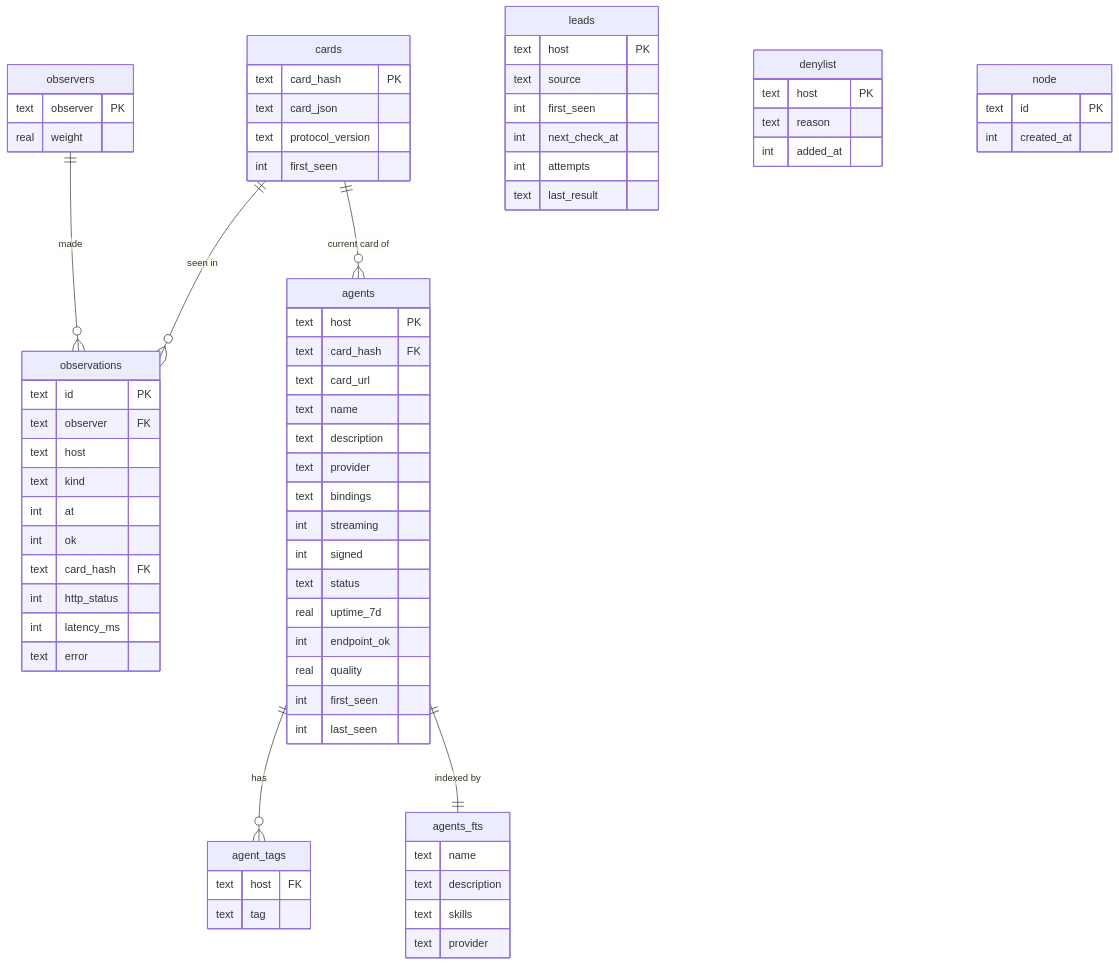
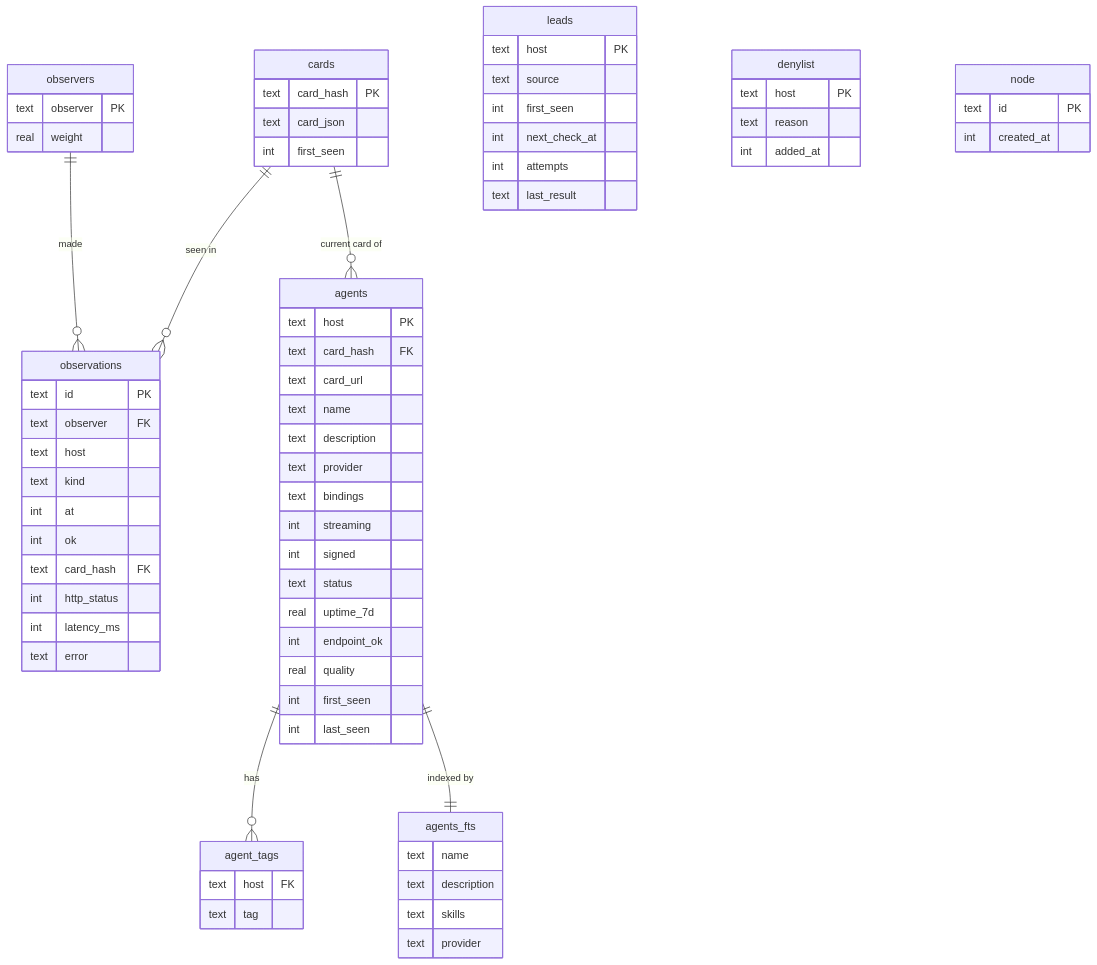
Before and after one commit to sbOogway/openagentindex: the fifth of 7 diagrams in spec.md, drawn with Mermaid. The commit also changed other lines of this file, not shown here.

Commit message:
docs(spec): remove protocol_version from the cards table
The index does not parse cards. The agent view reads the protocol
version from card_json.

Refs #12

````diff
--- a/spec.md
+++ b/spec.md
@@ -236,75 +236,74 @@
 ```mermaid
 erDiagram
   cards ||--o{ observations : "seen in"
   cards ||--o{ agents : "current card of"
   agents ||--o{ agent_tags : "has"
   agents ||--|| agents_fts : "indexed by"
   observers ||--o{ observations : "made"
 
   cards {
     text card_hash PK
     text card_json
-    text protocol_version
     int first_seen
   }
   observations {
     text id PK
     text observer FK
     text host
     text kind
     int at
     int ok
     text card_hash FK
     int http_status
     int latency_ms
     text error
   }
   agents {
     text host PK
     text card_hash FK
     text card_url
     text name
     text description
     text provider
     text bindings
     int streaming
     int signed
     text status
     real uptime_7d
     int endpoint_ok
     real quality
     int first_seen
     int last_seen
   }
   agent_tags {
     text host FK
     text tag
   }
   agents_fts {
     text name
     text description
     text skills
     text provider
   }
   leads {
     text host PK
     text source
     int first_seen
     int next_check_at
     int attempts
     text last_result
   }
   denylist {
     text host PK
     text reason
     int added_at
   }
   observers {
     text observer PK
     real weight
   }
   node {
     text id PK
     int created_at
   }
 ```
````
